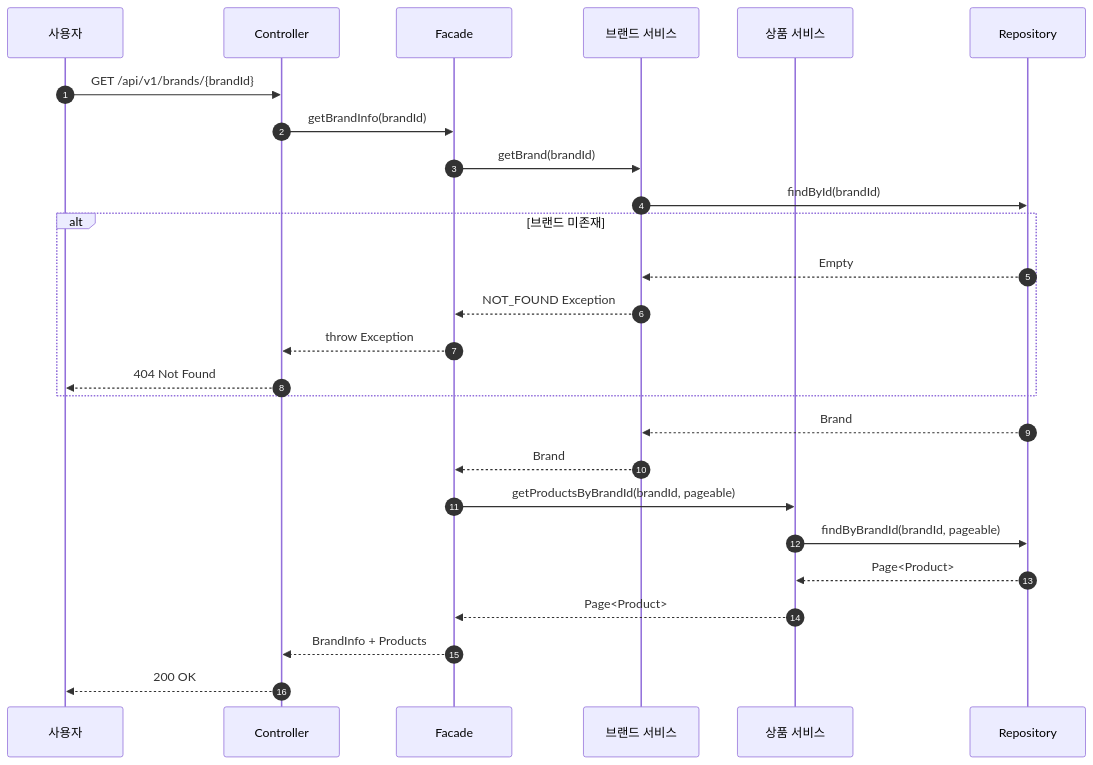
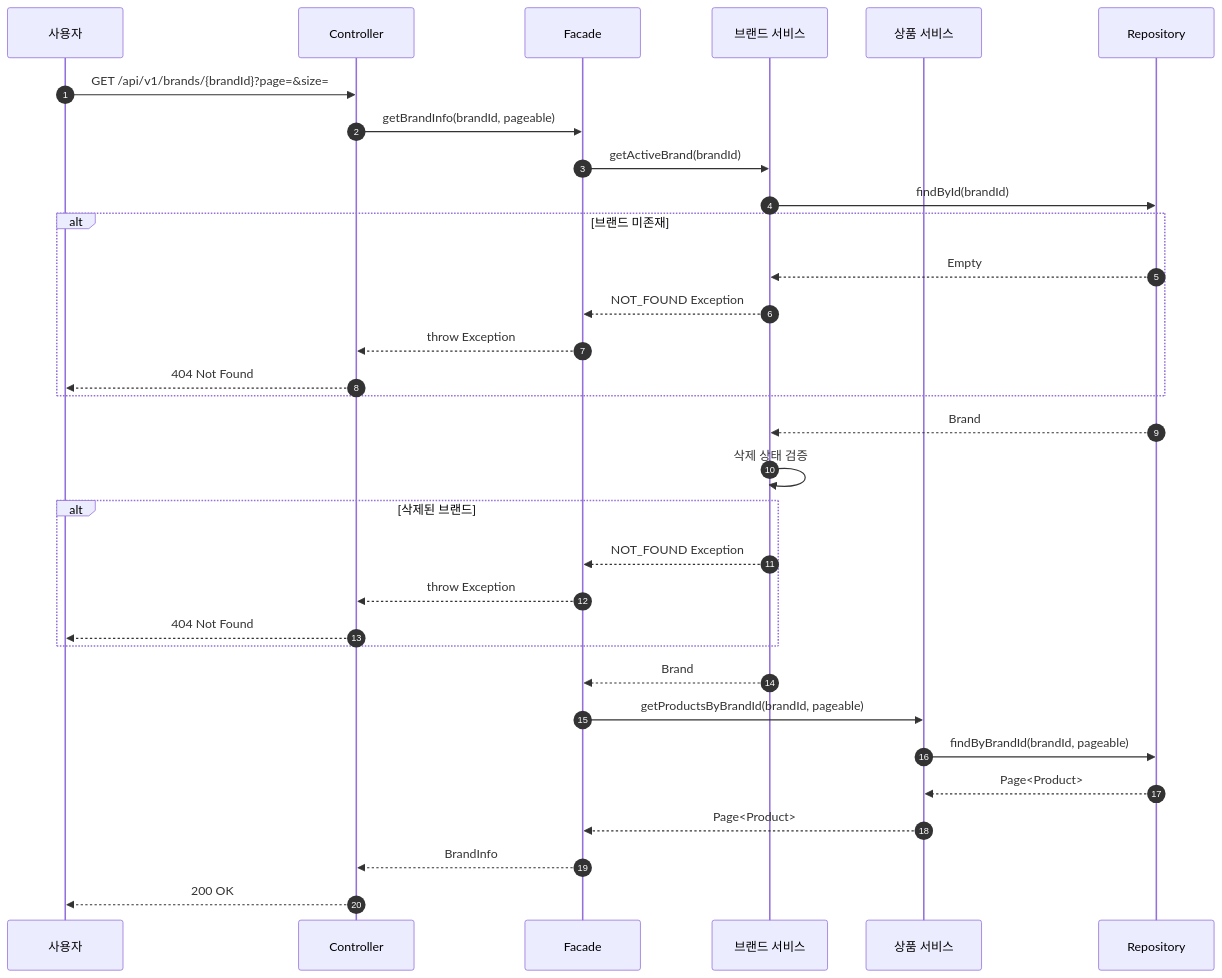
One commit to letter333/loop-pack-be-l2-vol3-java changed the first of 18 diagrams in docs/design/02-sequence-diagram.md. Above: the diagram before and after it, drawn with Mermaid. The commit also changed other lines of this file and 4 other files, not shown here.

````diff
--- a/docs/design/02-sequence-diagram.md
+++ b/docs/design/02-sequence-diagram.md
@@ -7,31 +7,39 @@
 ```mermaid
 sequenceDiagram
     autonumber
     participant Client as 사용자
     participant Controller
     participant Facade
     participant BrandService as 브랜드 서비스
     participant ProductService as 상품 서비스
     participant Repository
 
-    Client->>Controller: GET /api/v1/brands/{brandId}
-    Controller->>Facade: getBrandInfo(brandId)
-    Facade->>BrandService: getBrand(brandId)
+    Client->>Controller: GET /api/v1/brands/{brandId}?page=&size=
+    Controller->>Facade: getBrandInfo(brandId, pageable)
+    Facade->>BrandService: getActiveBrand(brandId)
     BrandService->>Repository: findById(brandId)
 
     alt 브랜드 미존재
         Repository-->>BrandService: Empty
         BrandService-->>Facade: NOT_FOUND Exception
         Facade-->>Controller: throw Exception
         Controller-->>Client: 404 Not Found
     end
 
     Repository-->>BrandService: Brand
+    BrandService->>BrandService: 삭제 상태 검증
+
+    alt 삭제된 브랜드
+        BrandService-->>Facade: NOT_FOUND Exception
+        Facade-->>Controller: throw Exception
+        Controller-->>Client: 404 Not Found
+    end
+
     BrandService-->>Facade: Brand
     Facade->>ProductService: getProductsByBrandId(brandId, pageable)
     ProductService->>Repository: findByBrandId(brandId, pageable)
     Repository-->>ProductService: Page<Product>
     ProductService-->>Facade: Page<Product>
-    Facade-->>Controller: BrandInfo + Products
+    Facade-->>Controller: BrandInfo
     Controller-->>Client: 200 OK
 ```
````
